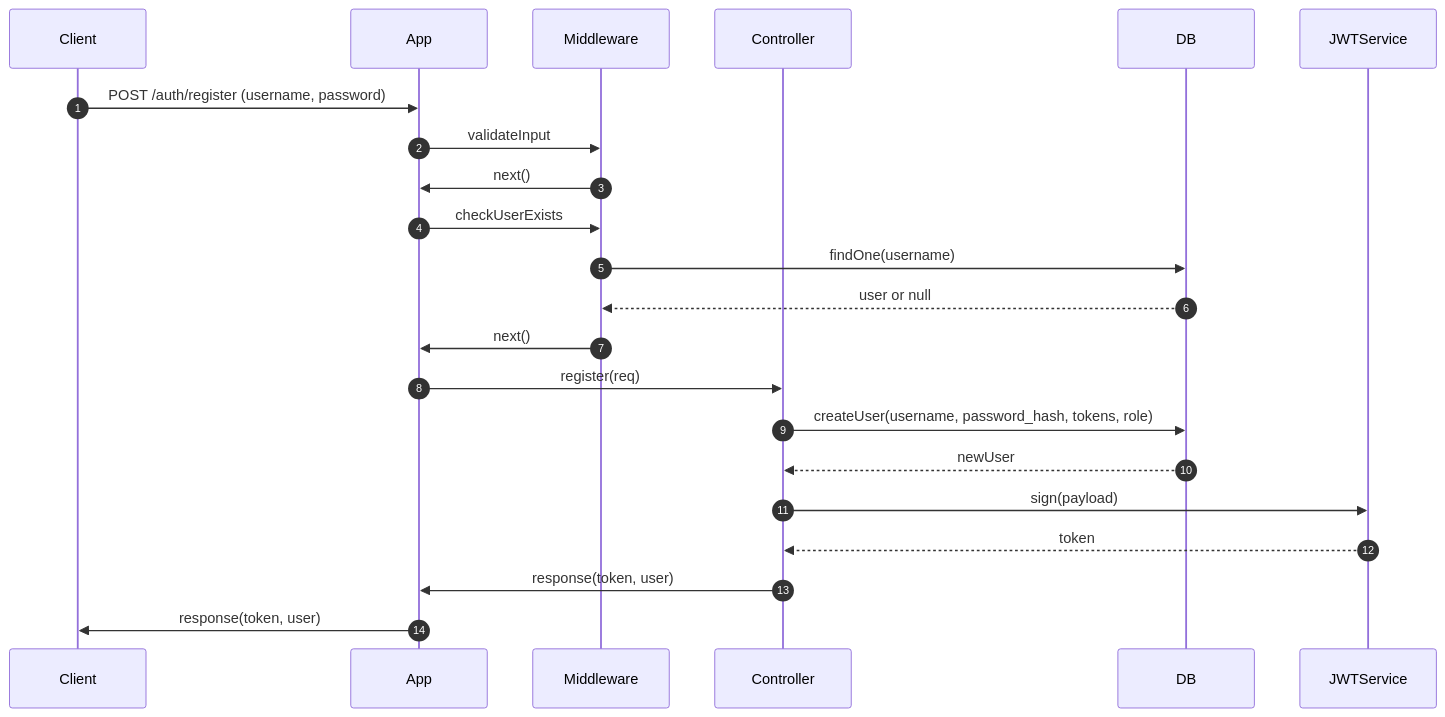
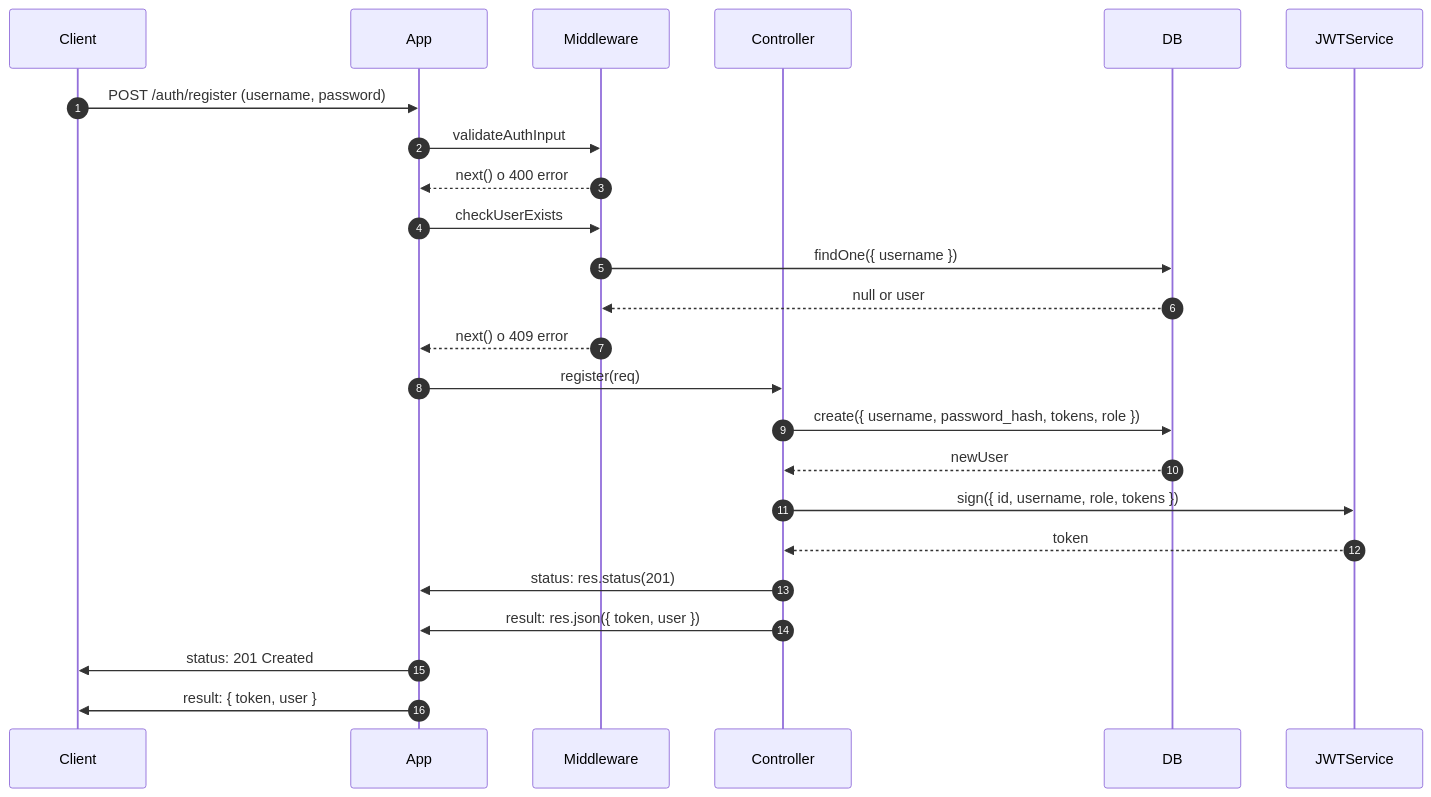
The first of 3 diagrams in README.md (Daniel-Diocis/VoidTracksWeb), drawn with Mermaid before and after one commit. The commit also changed other lines of this file, not shown here.

````diff
--- a/README.md
+++ b/README.md
@@ -61,25 +62,27 @@
 ```mermaid
 sequenceDiagram
   autonumber
   participant Client
   participant App
   participant Middleware
   participant Controller
   participant DB
   participant JWTService
 
   Client->>App: POST /auth/register (username, password)
-  App->>Middleware: validateInput
-  Middleware->>App: next()
+  App->>Middleware: validateAuthInput
+  Middleware-->>App: next() o 400 error
   App->>Middleware: checkUserExists
-  Middleware->>DB: findOne(username)
-  DB-->>Middleware: user or null
-  Middleware->>App: next()
+  Middleware->>DB: findOne({ username })
+  DB-->>Middleware: null or user
+  Middleware-->>App: next() o 409 error
   App->>Controller: register(req)
-  Controller->>DB: createUser(username, password_hash, tokens, role)
+  Controller->>DB: create({ username, password_hash, tokens, role })
   DB-->>Controller: newUser
-  Controller->>JWTService: sign(payload)
+  Controller->>JWTService: sign({ id, username, role, tokens })
   JWTService-->>Controller: token
-  Controller->>App: response(token, user)
-  App->>Client: response(token, user)
+  Controller->>App: status: res.status(201)
+  Controller->>App: result: res.json({ token, user })
+  App->>Client: status: 201 Created
+  App->>Client: result: { token, user }
 ```
````
